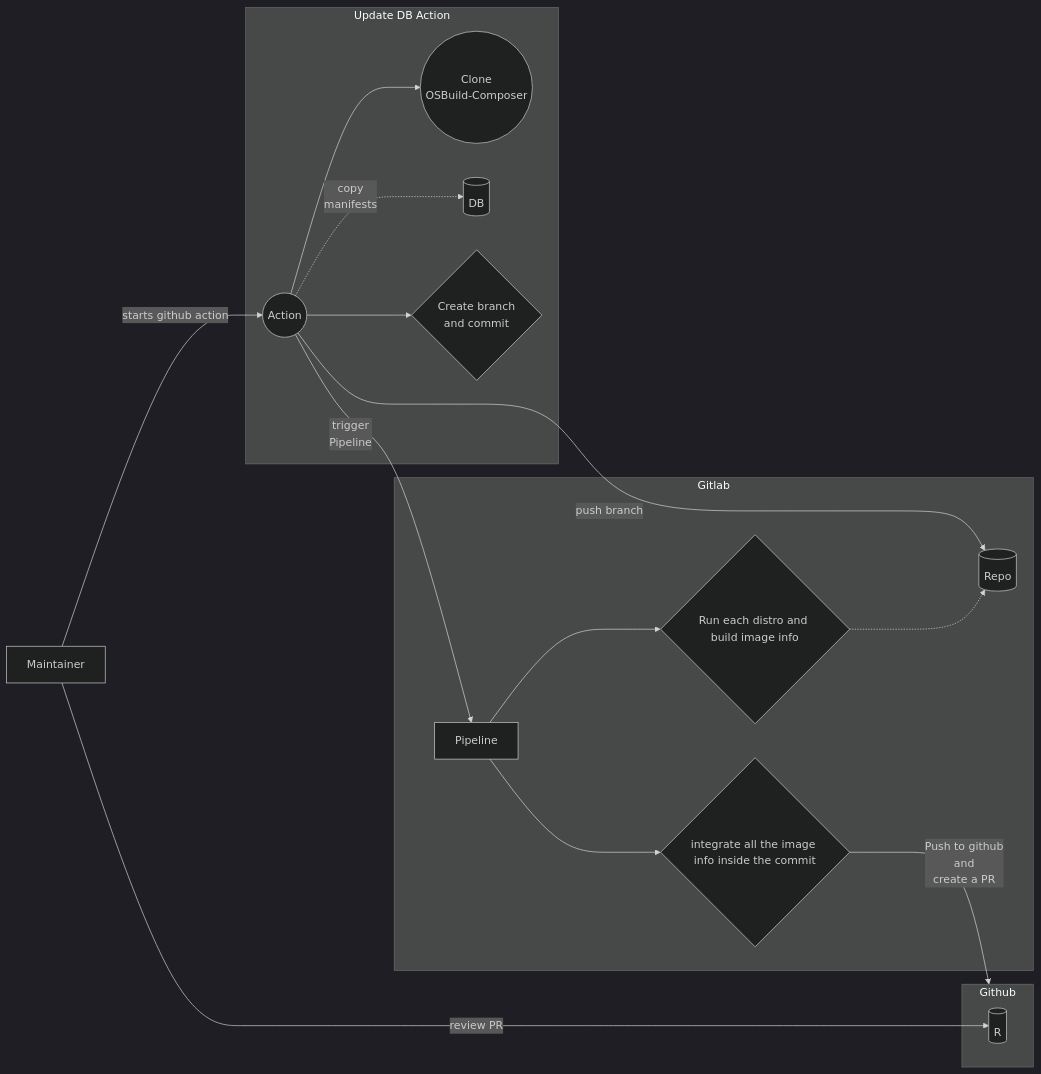
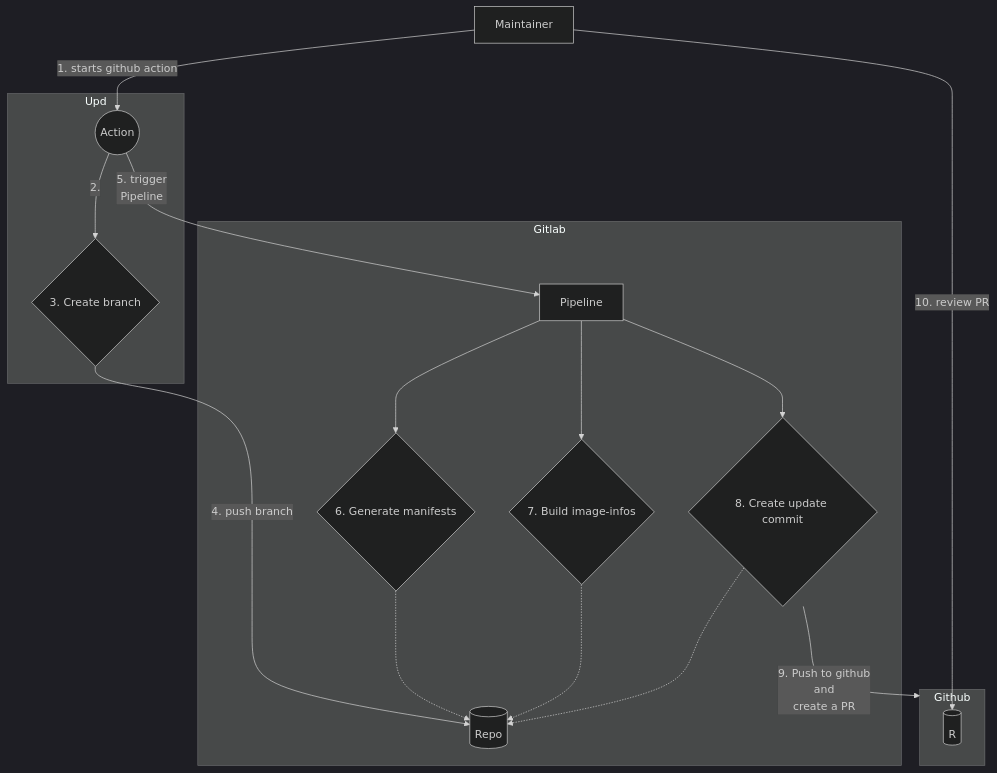
The diagram in README.md (schutzbot/manifest-db), drawn with Mermaid (dark theme) before and after one commit. The commit also changed other lines of this file, not shown here.

````diff
--- a/README.md
+++ b/README.md
@@ -40,28 +41,30 @@
 ```mermaid
-flowchart LR
+
+flowchart TD
     subgraph Gitlab
         GH0[(Repo)]
         GH01[Pipeline]
         GH01 --> GH1
         GH1 -.-> GH0
-        GH1{Run each distro and build image info}
-        GH01 --> GH2{integrate all the image info inside the commit}
+        GH2 -.-> GH0
+        GH3 -.-> GH0
+
+        GH1{6. Generate manifests}
+        GH01 --> GH2{7. Build image-infos}
+        GH01 --> GH3{8. Create update commit}
+
     end
     subgraph Github
-        GH3[(R)]
+        GH4[(R)]
     end
-    subgraph Update DB Action
+    subgraph Upd
         RS0((Action))
-        RS0 --> RS1
-        RS1((Clone\nOSBuild-Composer))
-        RS0 -. copy\nmanifests .-> RS2[(DB)]
-        RS0 --> RS3{Create branch\nand commit}
-        RS0 -- push branch --> GH0
+        RS0 -- 2. --> RS3{3. Create branch}
+        RS3 -- 4. push branch --> GH0
     end
 
-    RS0 -- trigger\nPipeline --> GH01    
-    Maintainer -- starts github action--> RS0
-    GH2 -- Push to github\nand\ncreate a PR--> Github
-    Maintainer -- review PR --> GH3
-
+    RS0 -- 5. trigger\nPipeline --> GH01    
+    Maintainer -- 1. starts github action--> RS0
+    GH3 -- 9. Push to github\nand\ncreate a PR--> Github
+    Maintainer -- 10. review PR --> GH4
 ```
````
